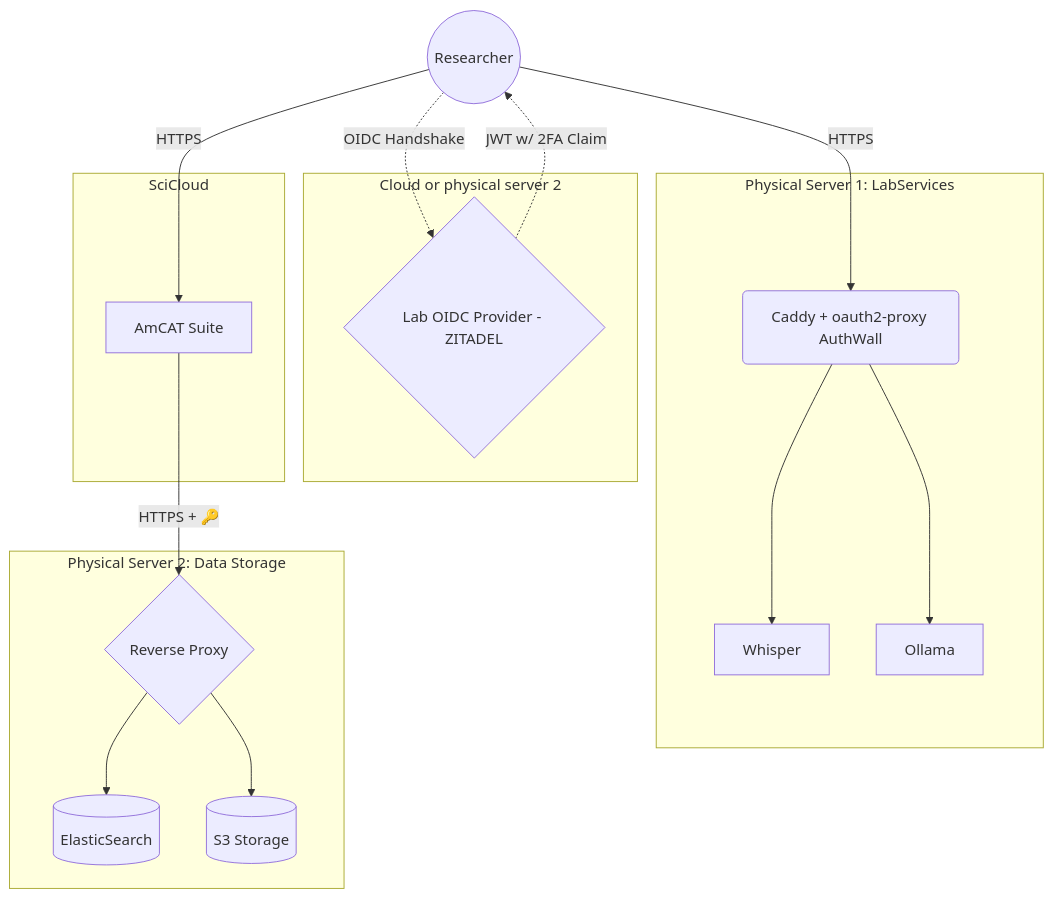
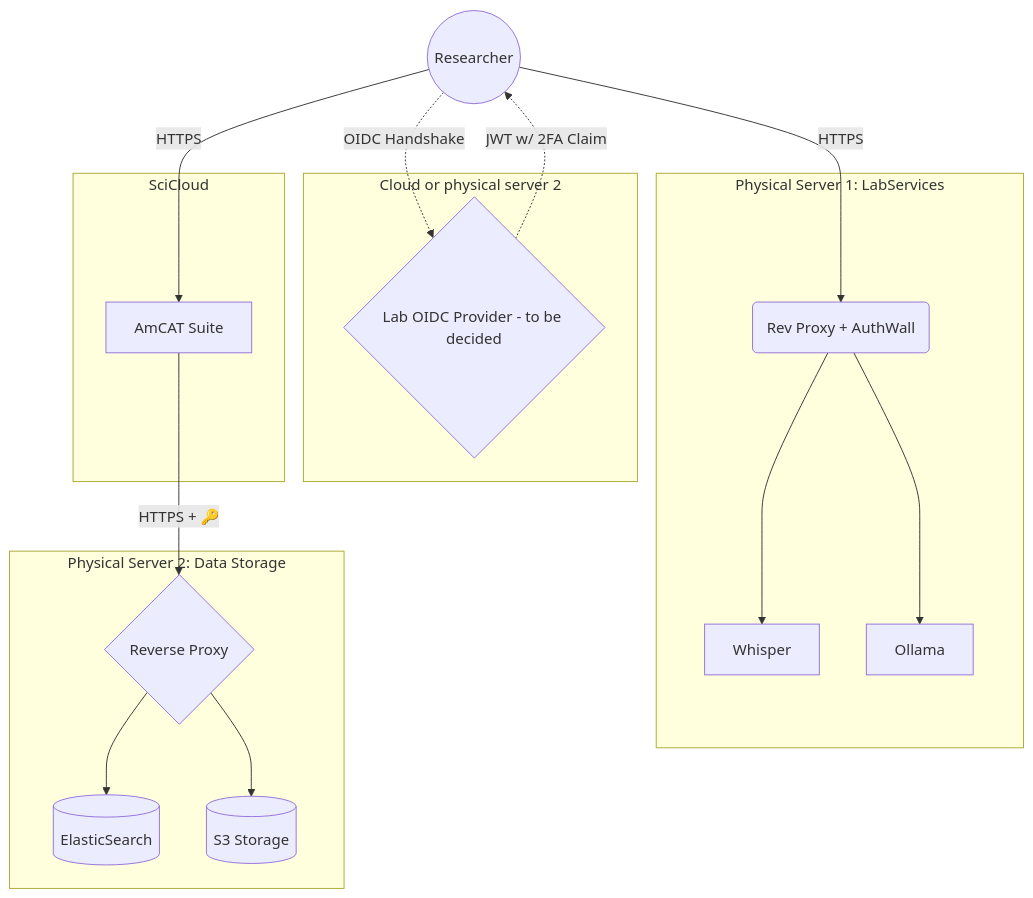
Before and after one commit to kasperwelbers/societal-analytics-lab-infra: the diagram in docs/index.md, drawn with Mermaid. The commit also changed other lines of this file and 3 other files, not shown here.

First line of the commit message:
Add lab authentication page; keep ZITADEL for the shared provider

````diff
--- a/docs/index.md
+++ b/docs/index.md
@@ -10,43 +10,43 @@
 ```mermaid
 graph TD
     User((Researcher))
     
     %% Authentication
     subgraph Auth [Cloud or physical server 2]
-        IdP{Lab OIDC Provider - ZITADEL}
+        IdP{Lab OIDC Provider - to be decided}
     end
     User -.->|OIDC Handshake| IdP
     IdP -.->|JWT w/ 2FA Claim| User
 
     %% SciCloud Environment
     subgraph SciCloud [SciCloud]
         AmCAT[AmCAT Suite]
     end
     
     %% Physical Server 1
     subgraph LabServices [Physical Server 1: LabServices]
-        ProxyLab(Caddy + oauth2-proxy AuthWall)
+        ProxyLab(Rev Proxy + AuthWall)
         ProxyLab --> Whisper
         ProxyLab --> Ollama
     end
 
     %% Physical Server 2
     subgraph Storage [Physical Server 2: Data Storage]
         ProxyStorage{Reverse Proxy}
         ES[(ElasticSearch)]
         S3[(S3 Storage)]
     end
     
 
     %% External Incoming Connections
     User -->|HTTPS| AmCAT
     User -->|HTTPS| ProxyLab
 
     %% Storage Routing (Internal via Proxy)
     AmCAT -->|HTTPS + 🔑| ProxyStorage
     ProxyStorage --> ES
     ProxyStorage --> S3
 
     %% Clickable Links
     click AmCAT "./amcat" "View AmCAT Technical Docs"
 ```
````
